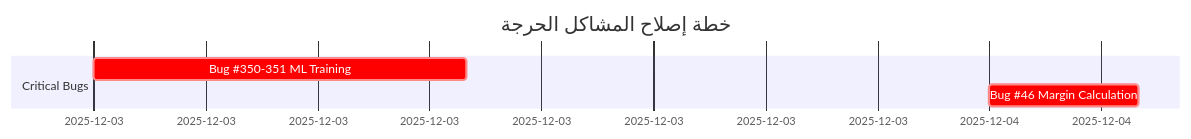
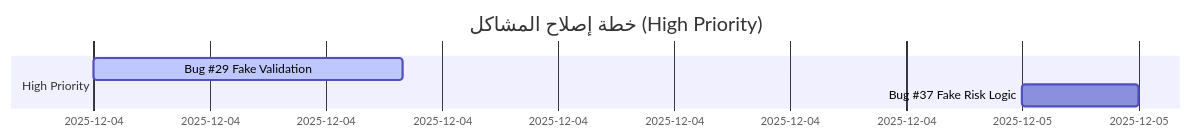
The fourth of 5 diagrams in docs/reports/COMPLETE_BUG_VERIFICATION_REPORT_NEW.md (olevar2/Auj6), drawn with Mermaid before and after one commit. The commit also changed other lines of this file and 7 other files, not shown here.

First line of the commit message:
✅ Critical Fixes Complete - All 9 Bugs Resolved

````diff
--- a/docs/reports/COMPLETE_BUG_VERIFICATION_REPORT_NEW.md
+++ b/docs/reports/COMPLETE_BUG_VERIFICATION_REPORT_NEW.md
@@ -716,8 +711,8 @@
 ```mermaid
 gantt
-    title خطة إصلاح المشاكل الحرجة
+    title خطة إصلاح المشاكل (High Priority)
     dateFormat YYYY-MM-DD
-    section Critical Bugs
-    Bug #350-351 ML Training    :crit, 2025-12-03, 10h
-    Bug #46 Margin Calculation   :crit, 2025-12-04, 4h
+    section High Priority
+    Bug #29 Fake Validation      :active, 2025-12-04, 8h
+    Bug #37 Fake Risk Logic      :2025-12-05, 3h
 ```
````
